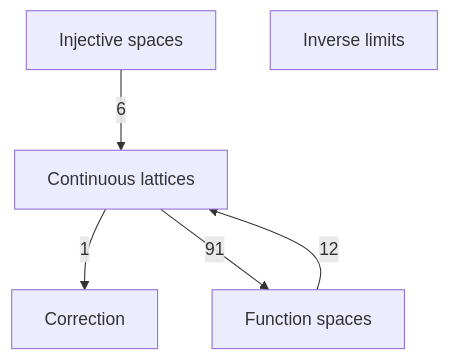
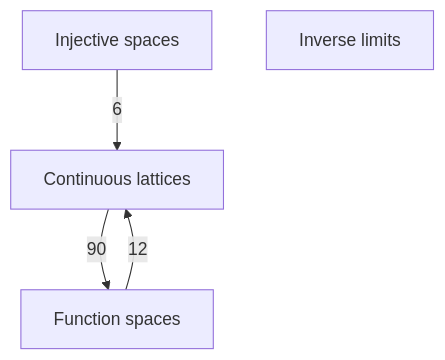
The diagram in DomainTheory/1972_ContinuousLattices.mermaid (catskillsresearch/DomainTheory), drawn with Mermaid before and after one commit. The commit also changed 9 other files, not shown here.

```diff
--- a/DomainTheory/1972_ContinuousLattices.mermaid
+++ b/DomainTheory/1972_ContinuousLattices.mermaid
@@ -1,18 +1,16 @@
 %% Each box is one section from 1972_ContinuousLattices.md (Introduction omitted).
 %% Each box is one outline note from the chapter index.
 %% Arrowhead on the importer. The number is a direct-import count.
 %% An arrow already implied by a longer path is omitted.
 flowchart TB
 
   CL["Continuous lattices"]
-  COR["Correction"]
   FS["Function spaces"]
   INJ["Injective spaces"]
   LIM["Inverse limits"]
 
   FS -->|"12"| CL
   INJ -->|"6"| CL
-  CL -->|"1"| COR
-  CL -->|"91"| FS
+  CL -->|"90"| FS
 
   classDef section fill:#dbeafe,stroke:#1d4ed8,color:#1e3a8a
```
